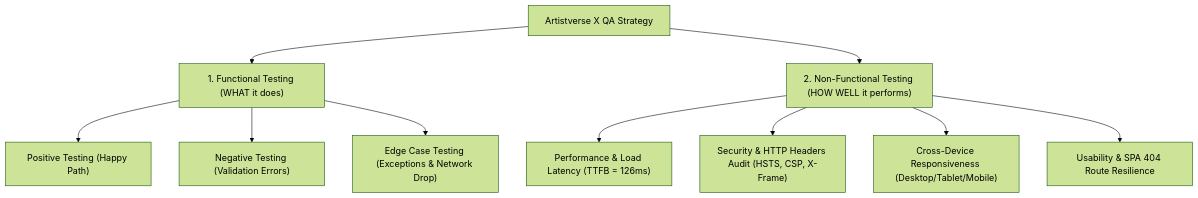
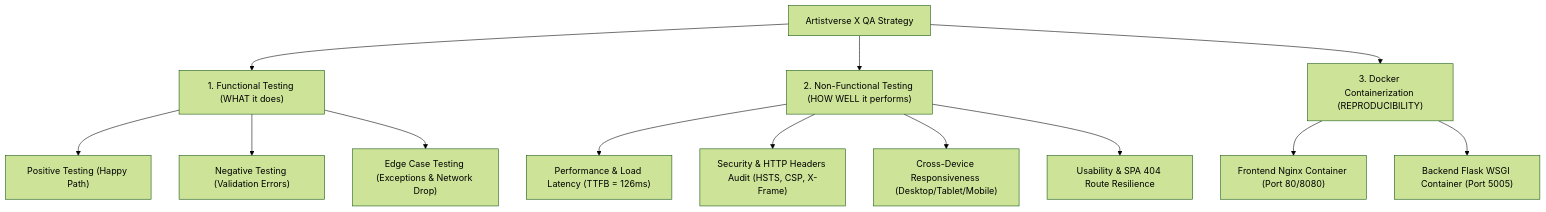
One commit to Ling4826/Artistverse_X changed the diagram in QA_Documentation/walkthrough.md. Above: the diagram before and after it, drawn with Mermaid (forest theme). The commit also changed other lines of this file and 6 other files, not shown here.

Commit message:
feat(docker): add Docker & Docker Compose containerization setup for Frontend and Backend

````diff
--- a/QA_Documentation/walkthrough.md
+++ b/QA_Documentation/walkthrough.md
@@ -7,14 +7,18 @@
 ```mermaid
 flowchart TD
     A["Artistverse X QA Strategy"] --> B["1. Functional Testing (WHAT it does)"]
     A --> C["2. Non-Functional Testing (HOW WELL it performs)"]
+    A --> D["3. Docker Containerization (REPRODUCIBILITY)"]
     
     B --> B1["Positive Testing (Happy Path)"]
     B --> B2["Negative Testing (Validation Errors)"]
     B --> B3["Edge Case Testing (Exceptions & Network Drop)"]
     
     C --> C1["Performance & Load Latency (TTFB = 126ms)"]
     C --> C2["Security & HTTP Headers Audit (HSTS, CSP, X-Frame)"]
     C --> C3["Cross-Device Responsiveness (Desktop/Tablet/Mobile)"]
     C --> C4["Usability & SPA 404 Route Resilience"]
+
+    D --> D1["Frontend Nginx Container (Port 80/8080)"]
+    D --> D2["Backend Flask WSGI Container (Port 5005)"]
 ```
````
